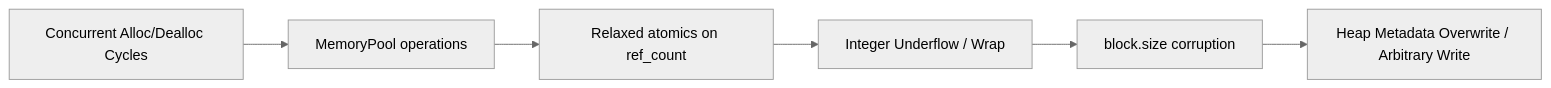
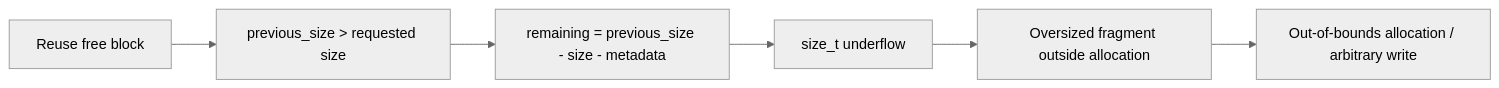
Diagram 16 of 20 in enhanced_exploits.md (DaWasteh/SuperCalc-Sicherheitsbenchmark), drawn with Mermaid (neutral theme) before and after one commit. The commit also changed other lines of this file and 31 other files, not shown here.

````diff
--- a/enhanced_exploits.md
+++ b/enhanced_exploits.md
@@ -403,8 +409,8 @@
 ```mermaid
 flowchart LR
-  A[Concurrent Alloc/Dealloc Cycles] --> B[MemoryPool operations]
-  B --> C[Relaxed atomics on ref_count]
-  C --> D[Integer Underflow / Wrap]
-  D --> E[block.size corruption]
-  E --> F[Heap Metadata Overwrite / Arbitrary Write]
+  A[Reuse free block] --> B[previous_size > requested size]
+  B --> C[remaining = previous_size - size - metadata]
+  C --> D[size_t underflow]
+  D --> E[Oversized fragment outside allocation]
+  E --> F[Out-of-bounds allocation / arbitrary write]
 ```
````
